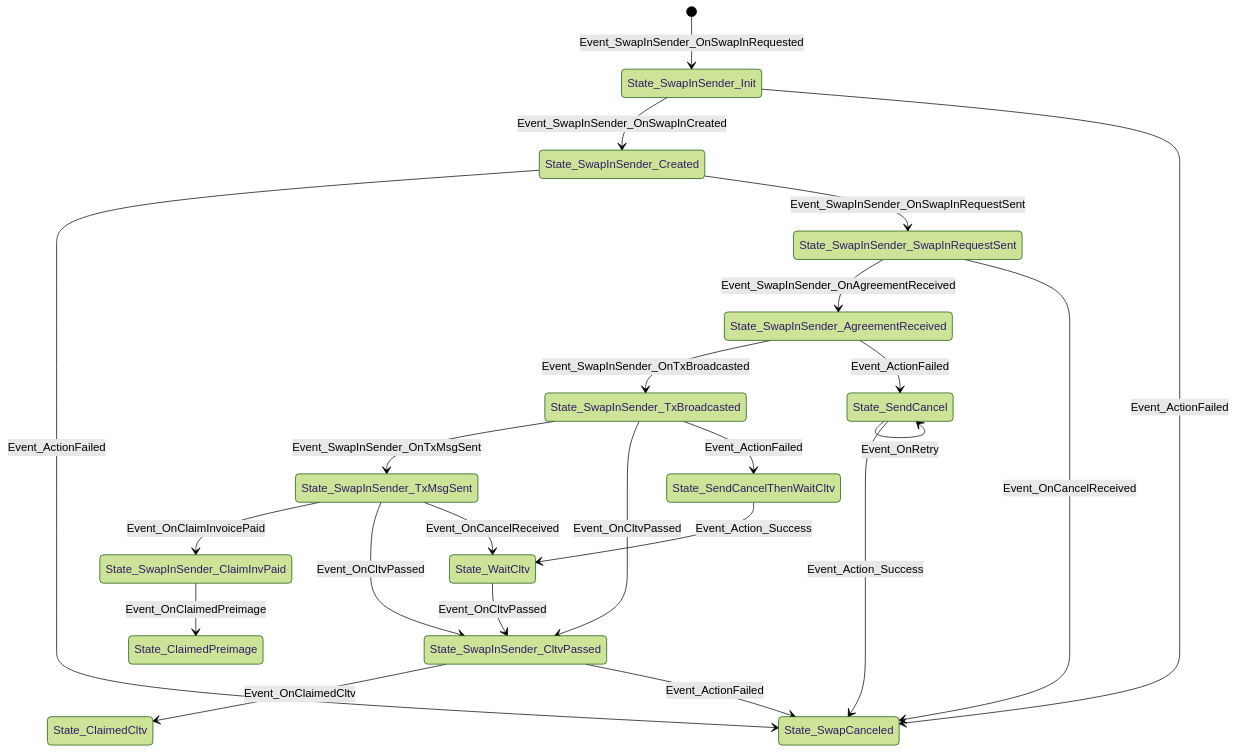
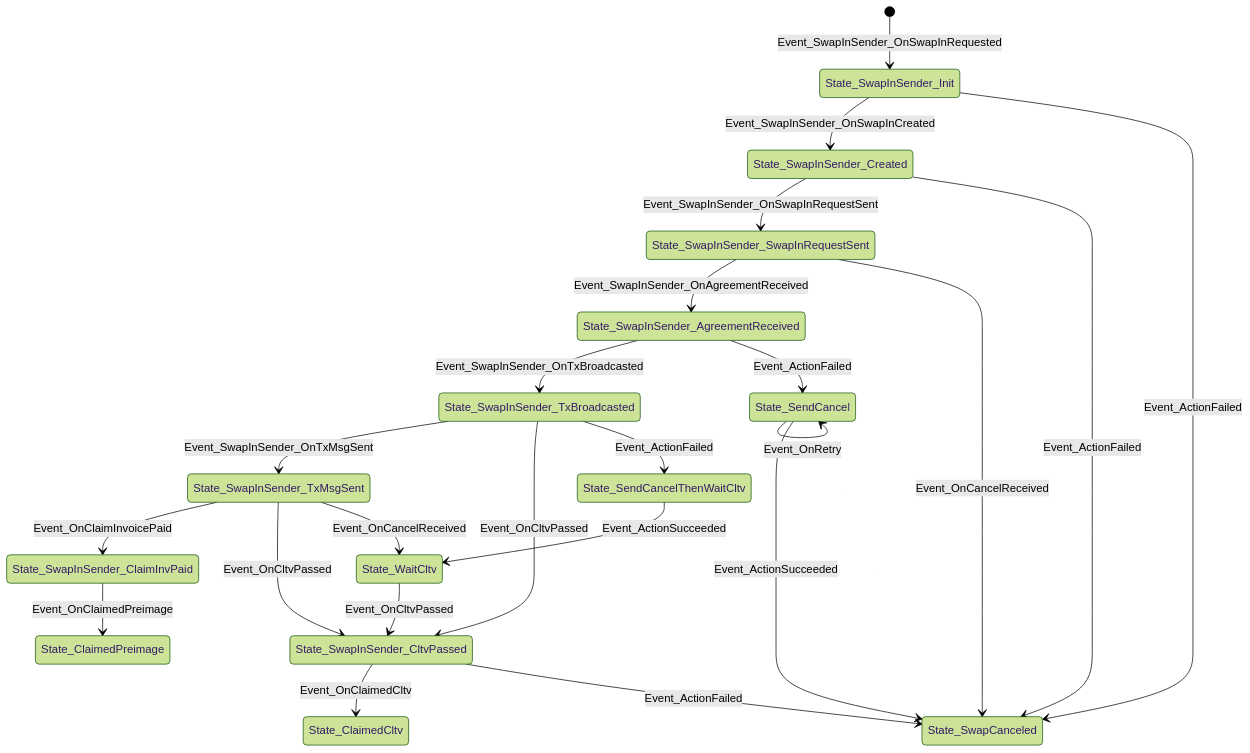
Before and after one commit to ElementsProject/peerswap: the diagram in docs/states_swapin_sender.md, drawn with Mermaid (forest theme). The commit also changed 18 other files, not shown here.

Commit message:
rework swap out sender

````diff
--- a/docs/states_swapin_sender.md
+++ b/docs/states_swapin_sender.md
@@ -1,39 +1,39 @@
 ```mermaid
 stateDiagram-v2
-State_SwapInSender_AgreementReceived
-State_SwapInSender_AgreementReceived --> State_SwapInSender_TxBroadcasted: Event_SwapInSender_OnTxBroadcasted
-State_SwapInSender_AgreementReceived --> State_SendCancel: Event_ActionFailed
+State_SwapInSender_TxBroadcasted
+State_SwapInSender_TxBroadcasted --> State_SwapInSender_TxMsgSent: Event_SwapInSender_OnTxMsgSent
+State_SwapInSender_TxBroadcasted --> State_SwapInSender_CltvPassed: Event_OnCltvPassed
+State_SwapInSender_TxBroadcasted --> State_SendCancelThenWaitCltv: Event_ActionFailed
+State_SwapInSender_CltvPassed
+State_SwapInSender_CltvPassed --> State_ClaimedCltv: Event_OnClaimedCltv
+State_SwapInSender_CltvPassed --> State_SwapCanceled: Event_ActionFailed
+State_SendCancelThenWaitCltv
+State_SendCancelThenWaitCltv --> State_WaitCltv: Event_ActionSucceeded
+State_ClaimedPreimage
+State_ClaimedCltv
+[*] --> State_SwapInSender_Init: Event_SwapInSender_OnSwapInRequested
+State_SwapInSender_Init
+State_SwapInSender_Init --> State_SwapInSender_Created: Event_SwapInSender_OnSwapInCreated
+State_SwapInSender_Init --> State_SwapCanceled: Event_ActionFailed
 State_SwapInSender_TxMsgSent
 State_SwapInSender_TxMsgSent --> State_SwapInSender_ClaimInvPaid: Event_OnClaimInvoicePaid
 State_SwapInSender_TxMsgSent --> State_SwapInSender_CltvPassed: Event_OnCltvPassed
 State_SwapInSender_TxMsgSent --> State_WaitCltv: Event_OnCancelReceived
+State_SendCancel
+State_SendCancel --> State_SwapCanceled: Event_ActionSucceeded
+State_SendCancel --> State_SendCancel: Event_OnRetry
+State_SwapInSender_ClaimInvPaid
+State_SwapInSender_ClaimInvPaid --> State_ClaimedPreimage: Event_OnClaimedPreimage
+State_SwapCanceled
 State_SwapInSender_SwapInRequestSent
 State_SwapInSender_SwapInRequestSent --> State_SwapInSender_AgreementReceived: Event_SwapInSender_OnAgreementReceived
 State_SwapInSender_SwapInRequestSent --> State_SwapCanceled: Event_OnCancelReceived
-State_SendCancelThenWaitCltv
-State_SendCancelThenWaitCltv --> State_WaitCltv: Event_Action_Success
-State_SendCancel
-State_SendCancel --> State_SwapCanceled: Event_Action_Success
-State_SendCancel --> State_SendCancel: Event_OnRetry
-[*] --> State_SwapInSender_Init: Event_SwapInSender_OnSwapInRequested
-State_SwapInSender_Init
-State_SwapInSender_Init --> State_SwapInSender_Created: Event_SwapInSender_OnSwapInCreated
-State_SwapInSender_Init --> State_SwapCanceled: Event_ActionFailed
-State_SwapInSender_ClaimInvPaid
-State_SwapInSender_ClaimInvPaid --> State_ClaimedPreimage: Event_OnClaimedPreimage
-State_SwapInSender_CltvPassed
-State_SwapInSender_CltvPassed --> State_ClaimedCltv: Event_OnClaimedCltv
-State_SwapInSender_CltvPassed --> State_SwapCanceled: Event_ActionFailed
-State_SwapCanceled
+State_SwapInSender_AgreementReceived
+State_SwapInSender_AgreementReceived --> State_SwapInSender_TxBroadcasted: Event_SwapInSender_OnTxBroadcasted
+State_SwapInSender_AgreementReceived --> State_SendCancel: Event_ActionFailed
 State_SwapInSender_Created
+State_SwapInSender_Created --> State_SwapInSender_SwapInRequestSent: Event_SwapInSender_OnSwapInRequestSent
 State_SwapInSender_Created --> State_SwapCanceled: Event_ActionFailed
-State_SwapInSender_Created --> State_SwapInSender_SwapInRequestSent: Event_SwapInSender_OnSwapInRequestSent
-State_SwapInSender_TxBroadcasted
-State_SwapInSender_TxBroadcasted --> State_SwapInSender_TxMsgSent: Event_SwapInSender_OnTxMsgSent
-State_SwapInSender_TxBroadcasted --> State_SwapInSender_CltvPassed: Event_OnCltvPassed
-State_SwapInSender_TxBroadcasted --> State_SendCancelThenWaitCltv: Event_ActionFailed
 State_WaitCltv
 State_WaitCltv --> State_SwapInSender_CltvPassed: Event_OnCltvPassed
-State_ClaimedPreimage
-State_ClaimedCltv
 ```
````
